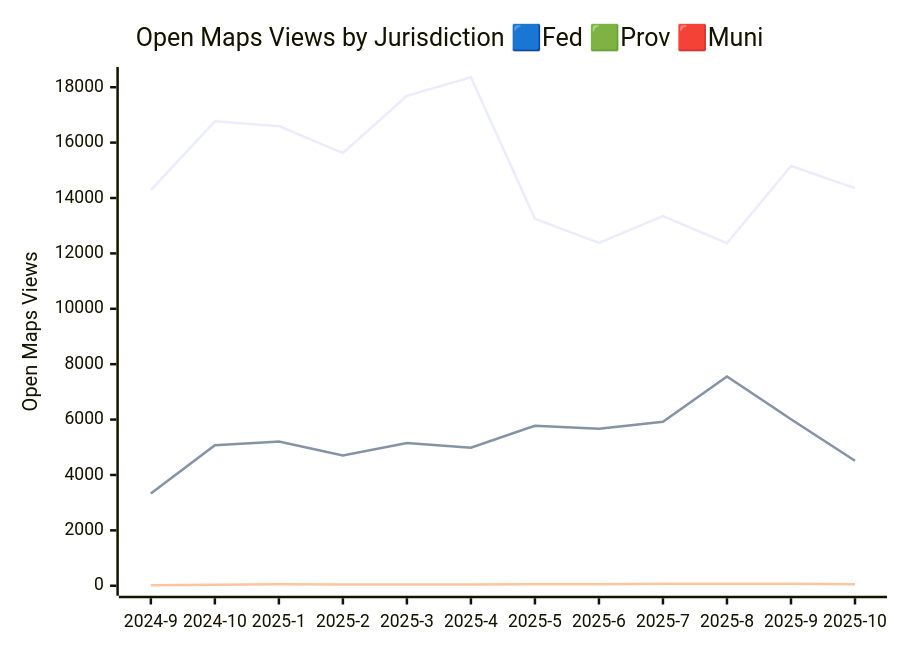
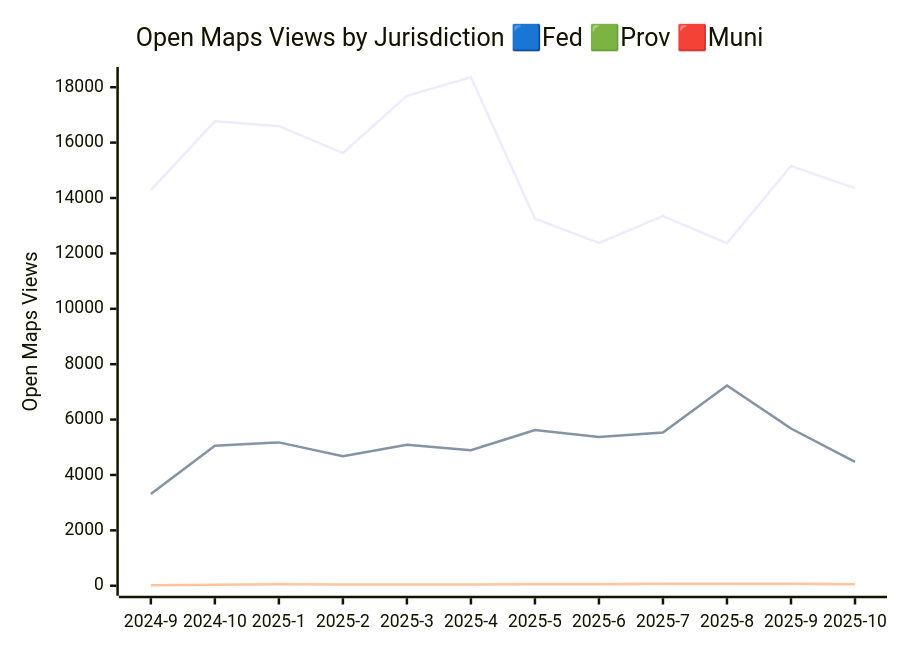
Before and after one commit to PatLittle/analytics-corporate-reporting: the third of 3 diagrams in JURISDICTION_ANALYTICS_REPORT/readme.md, drawn with Mermaid. The commit also changed other lines of this file and 3 other files, not shown here.

````diff
--- a/JURISDICTION_ANALYTICS_REPORT/readme.md
+++ b/JURISDICTION_ANALYTICS_REPORT/readme.md
@@ -42,10 +42,10 @@
 ```mermaid
 
 xychart-beta
     title "Open Maps Views by Jurisdiction 🟦Fed 🟩Prov 🟥Muni"
     x-axis [2024-9, 2024-10, 2025-1, 2025-2, 2025-3, 2025-4, 2025-5, 2025-6, 2025-7, 2025-8, 2025-9, 2025-10]
     y-axis "Open Maps Views" 0 --> 18369
     line [14281, 16769, 16596, 15623, 17687, 18359, 13250, 12379, 13343, 12366, 15153, 14355]
-    line [3333, 5076, 5206, 4704, 5150, 4987, 5778, 5667, 5922, 7554, 6011, 4513]
+    line [3316, 5057, 5176, 4674, 5088, 4890, 5620, 5368, 5532, 7233, 5678, 4473]
     line [14, 36, 52, 45, 47, 42, 52, 51, 71, 72, 68, 55]
 ```
````
